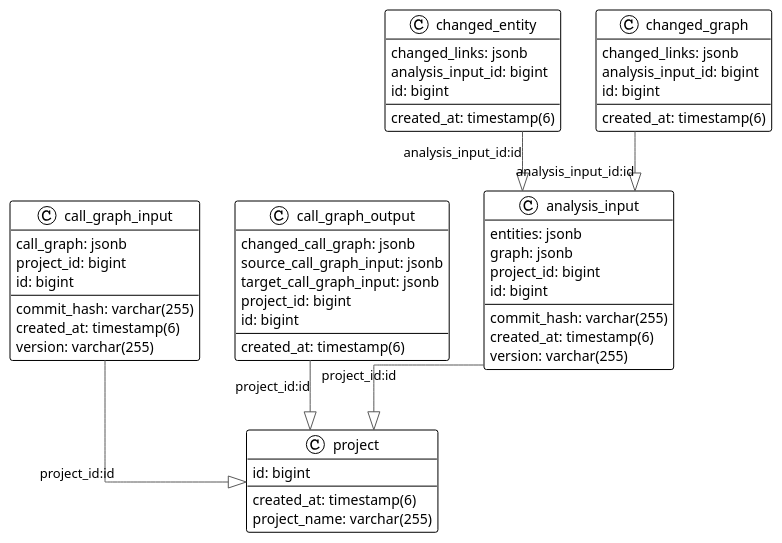
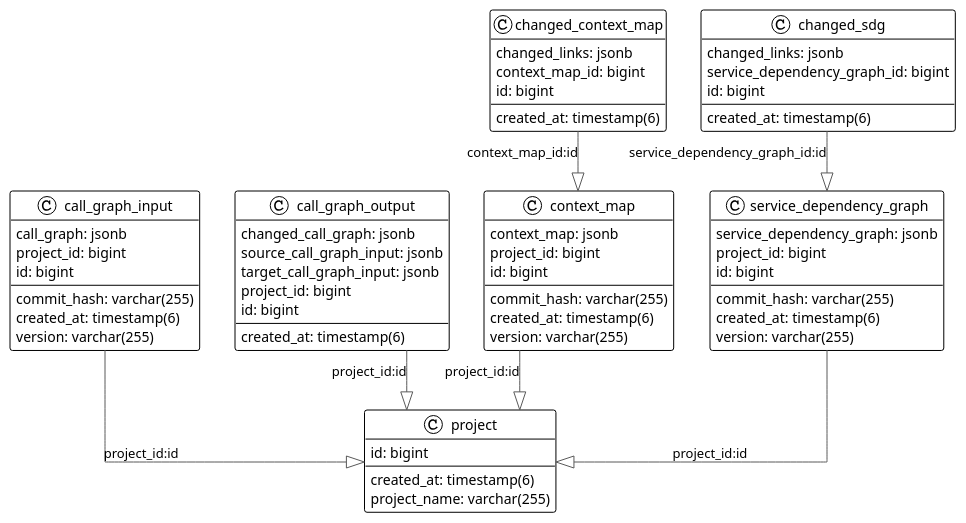
The diagram in cia-pg.puml (katyadam/SAVAT), drawn with PlantUML before and after one commit. The commit also changed other lines of this file and 2 other files, not shown here.

Commit message:
ref: removed analysis inputs

```diff
--- a/cia-pg.puml
+++ b/cia-pg.puml
@@ -1,55 +1,63 @@
 @startuml
 
 !theme plain
 top to bottom direction
 skinparam linetype ortho
 
-class analysis_input {
-   commit_hash: varchar(255)
-   created_at: timestamp(6)
-   entities: jsonb
-   graph: jsonb
-   version: varchar(255)
-   project_id: bigint
-   id: bigint
-}
 class call_graph_input {
    call_graph: jsonb
    commit_hash: varchar(255)
    created_at: timestamp(6)
    version: varchar(255)
    project_id: bigint
    id: bigint
 }
 class call_graph_output {
    changed_call_graph: jsonb
    created_at: timestamp(6)
    source_call_graph_input: jsonb
    target_call_graph_input: jsonb
    project_id: bigint
    id: bigint
 }
-class changed_entity {
+class changed_context_map {
    changed_links: jsonb
    created_at: timestamp(6)
-   analysis_input_id: bigint
+   context_map_id: bigint
    id: bigint
 }
-class changed_graph {
+class changed_sdg {
    changed_links: jsonb
    created_at: timestamp(6)
-   analysis_input_id: bigint
+   service_dependency_graph_id: bigint
+   id: bigint
+}
+class context_map {
+   commit_hash: varchar(255)
+   context_map: jsonb
+   created_at: timestamp(6)
+   version: varchar(255)
+   project_id: bigint
    id: bigint
 }
 class project {
    created_at: timestamp(6)
    project_name: varchar(255)
    id: bigint
 }
+class service_dependency_graph {
+   commit_hash: varchar(255)
+   created_at: timestamp(6)
+   service_dependency_graph: jsonb
+   version: varchar(255)
+   project_id: bigint
+   id: bigint
+}
 
-analysis_input     -[#595959,plain]-^  project           : "project_id:id"
-call_graph_input   -[#595959,plain]-^  project           : "project_id:id"
-call_graph_output  -[#595959,plain]-^  project           : "project_id:id"
-changed_entity     -[#595959,plain]-^  analysis_input    : "analysis_input_id:id"
-changed_graph      -[#595959,plain]-^  analysis_input    : "analysis_input_id:id"
+call_graph_input          -[#595959,plain]-^  project                  : "project_id:id"
+call_graph_output         -[#595959,plain]-^  project                  : "project_id:id"
+changed_context_map       -[#595959,plain]-^  context_map              : "context_map_id:id"
+changed_sdg               -[#595959,plain]-^  service_dependency_graph : "service_dependency_graph_id:id"
+context_map               -[#595959,plain]-^  project                  : "project_id:id"
+service_dependency_graph  -[#595959,plain]-^  project                  : "project_id:id"
 @enduml
```
